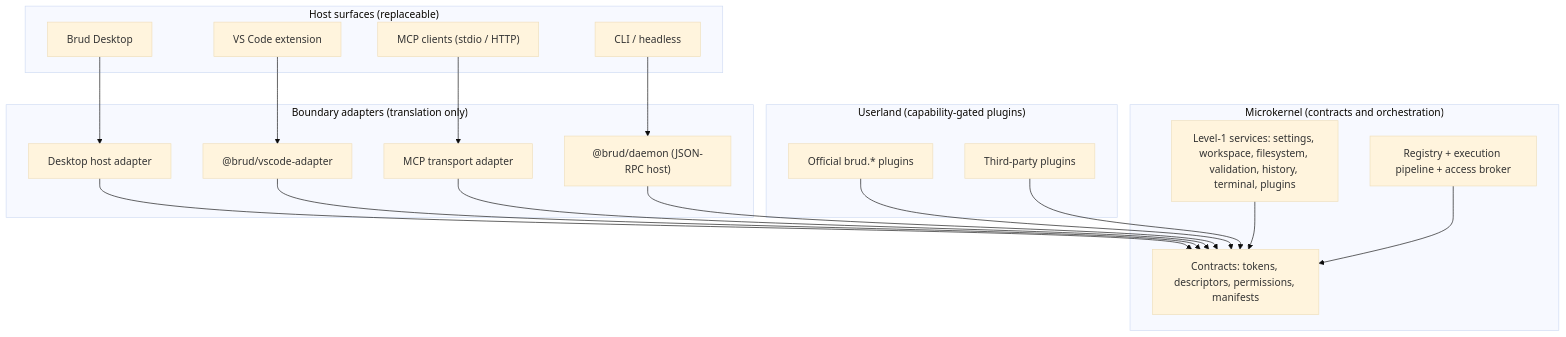
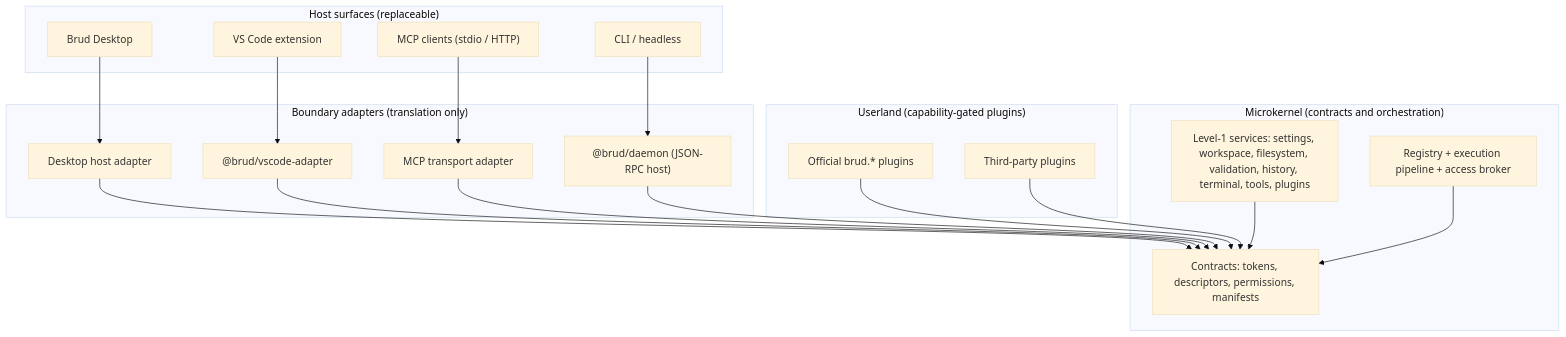
One commit to rahatarch/brud changed the first of 5 diagrams in docs/architecture/ROLLOUT_PLAN_CORE_TO_MICROKERNEL.md. Above: the diagram before and after it, drawn with Mermaid (base theme). The commit also changed other lines of this file, not shown here.

First line of the commit message:
docs(architecture): elevate BrudTools to Level-1 core service (D-11)

````diff
--- a/docs/architecture/ROLLOUT_PLAN_CORE_TO_MICROKERNEL.md
+++ b/docs/architecture/ROLLOUT_PLAN_CORE_TO_MICROKERNEL.md
@@ -87,36 +87,36 @@
 ```mermaid
 flowchart TB
     subgraph Hosts["Host surfaces (replaceable)"]
         Desktop["Brud Desktop"]
         VSCode["VS Code extension"]
         MCPClient["MCP clients (stdio / HTTP)"]
         CLI["CLI / headless"]
     end
 
     subgraph Adapters["Boundary adapters (translation only)"]
         DesktopAdapter["Desktop host adapter"]
         VSCodeAdapter["@brud/vscode-adapter"]
         McpAdapter["MCP transport adapter"]
         Daemon["@brud/daemon (JSON-RPC host)"]
     end
 
     subgraph Userland["Userland (capability-gated plugins)"]
         Official["Official brud.* plugins"]
         ThirdParty["Third-party plugins"]
     end
 
     subgraph Kernel["Microkernel (contracts and orchestration)"]
         Contracts["Contracts: tokens, descriptors, permissions, manifests"]
-        Services["Level-1 services: settings, workspace, filesystem, validation, history, terminal, plugins"]
+        Services["Level-1 services: settings, workspace, filesystem, validation, history, terminal, tools, plugins"]
         Pipeline["Registry + execution pipeline + access broker"]
     end
 
     Desktop --> DesktopAdapter --> Contracts
     VSCode --> VSCodeAdapter --> Contracts
     MCPClient --> McpAdapter --> Contracts
     CLI --> Daemon --> Contracts
     Official --> Contracts
     ThirdParty --> Contracts
     Services --> Contracts
     Pipeline --> Contracts
 ```
````
